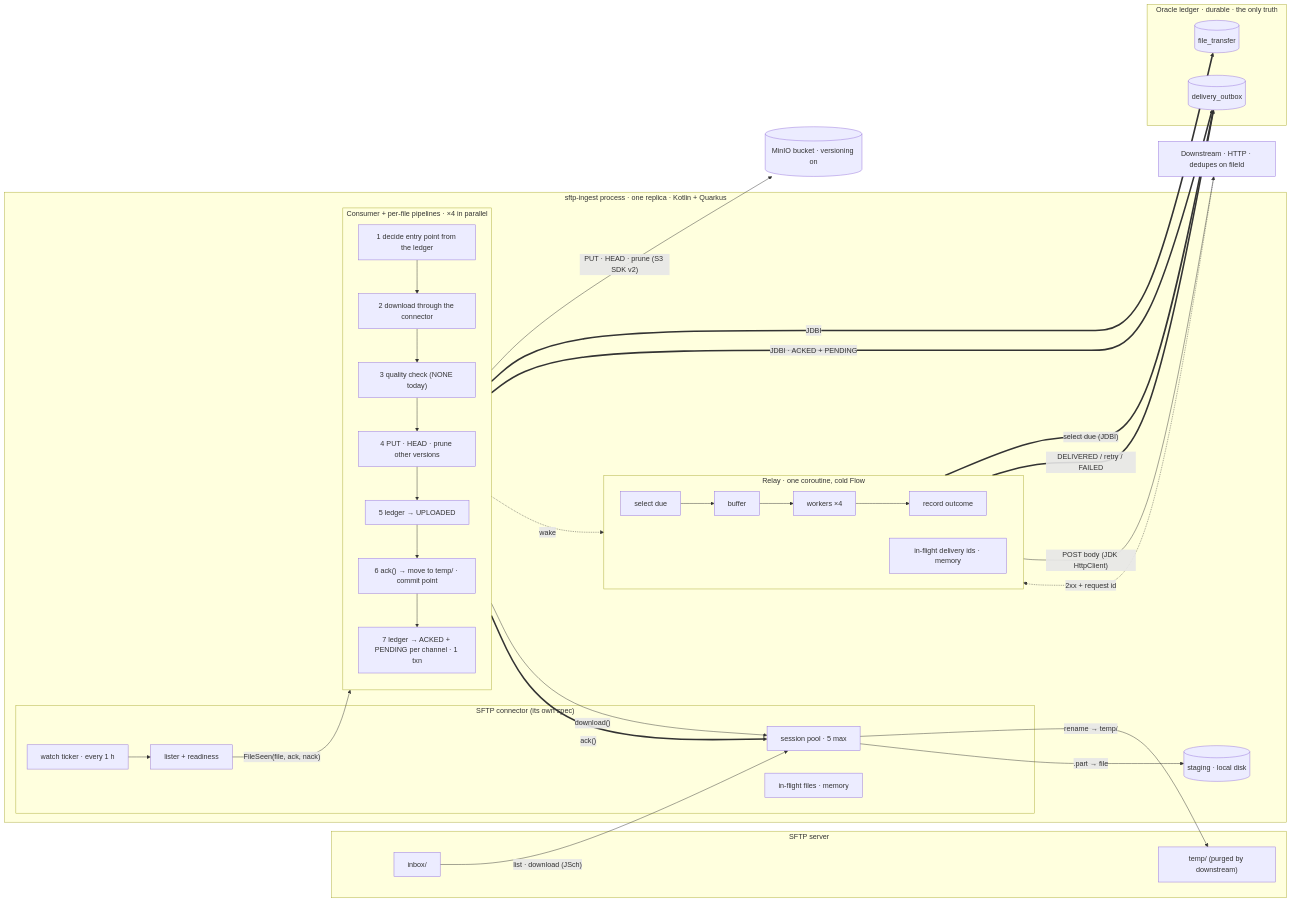
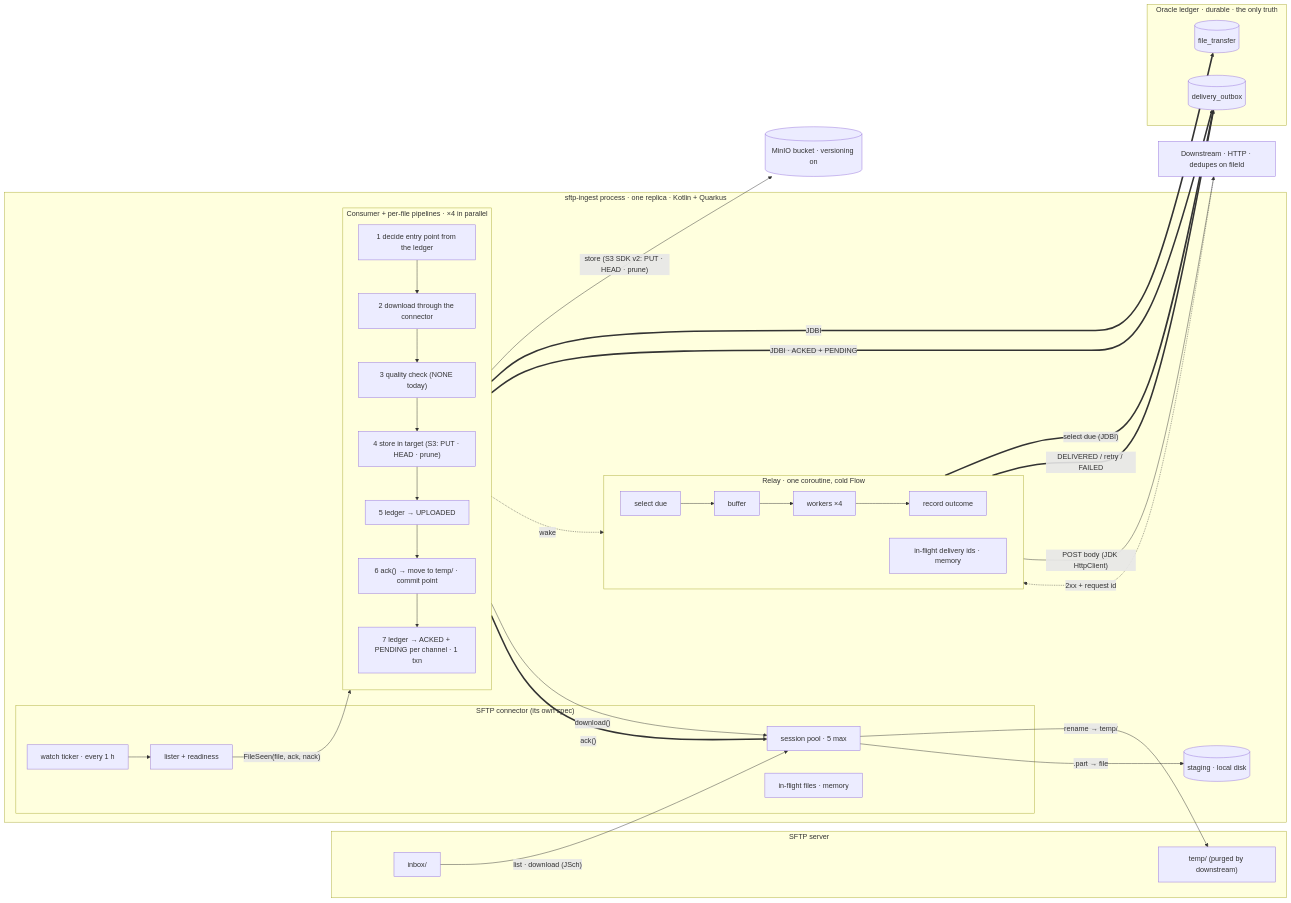
Before and after one commit to Chang-Chia-Chi/Kotlin_Practice: the second of 6 diagrams in docs/sftpingest/overview.md, drawn with Mermaid. The commit also changed other lines of this file and 10 other files, not shown here.

````diff
--- a/docs/sftpingest/overview.md
+++ b/docs/sftpingest/overview.md
@@ -68,50 +68,50 @@
 ```mermaid
 flowchart LR
     subgraph sftp["SFTP server"]
         IN["inbox/"]
         TMP["temp/ (purged by downstream)"]
     end
 
     subgraph proc["sftp-ingest process · one replica · Kotlin + Quarkus"]
         subgraph conn["SFTP connector (its own spec)"]
             TK["watch ticker · every 1 h"] --> LS["lister + readiness"]
             POOL["session pool · 5 max"]
             IFF["in-flight files · memory"]
         end
         subgraph pipe["Consumer + per-file pipelines · ×4 in parallel"]
             direction TB
             P1["1 decide entry point from the ledger"] --> P2["2 download through the connector"]
-            P2 --> P3["3 quality check (NONE today)"] --> P4["4 PUT · HEAD · prune other versions"]
+            P2 --> P3["3 quality check (NONE today)"] --> P4["4 store in target (S3: PUT · HEAD · prune)"]
             P4 --> P5["5 ledger → UPLOADED"] --> P6["6 ack() → move to temp/ · commit point"]
             P6 --> P7["7 ledger → ACKED + PENDING per channel · 1 txn"]
         end
         subgraph relay["Relay · one coroutine, cold Flow"]
             direction LR
             R1["select due"] --> R2["buffer"] --> R3["workers ×4"] --> R4["record outcome"]
             RIF["in-flight delivery ids · memory"]
         end
         STG[("staging · local disk")]
     end
 
     subgraph ora["Oracle ledger · durable · the only truth"]
         FT[("file_transfer")]
         DO[("delivery_outbox")]
     end
     MINIO[("MinIO bucket · versioning on")]
     DS["Downstream · HTTP · dedupes on fileId"]
 
     IN -- "list · download (JSch)" --> POOL
     POOL -- "rename → temp/" --> TMP
     LS -- "FileSeen(file, ack, nack)" --> P1
     P2 -- "download()" --> POOL
     POOL -- ".part → file" --> STG
     P6 == "ack()" ==> POOL
-    P4 -- "PUT · HEAD · prune (S3 SDK v2)" --> MINIO
+    P4 -- "store (S3 SDK v2: PUT · HEAD · prune)" --> MINIO
     P5 == "JDBI" ==> FT
     P7 == "JDBI · ACKED + PENDING" ==> DO
     P7 -. "wake" .-> R1
     R1 == "select due (JDBI)" ==> DO
     R4 == "DELIVERED / retry / FAILED" ==> DO
     R3 -- "POST body (JDK HttpClient)" --> DS
     DS -. "2xx + request id" .-> R3
 ```
````
